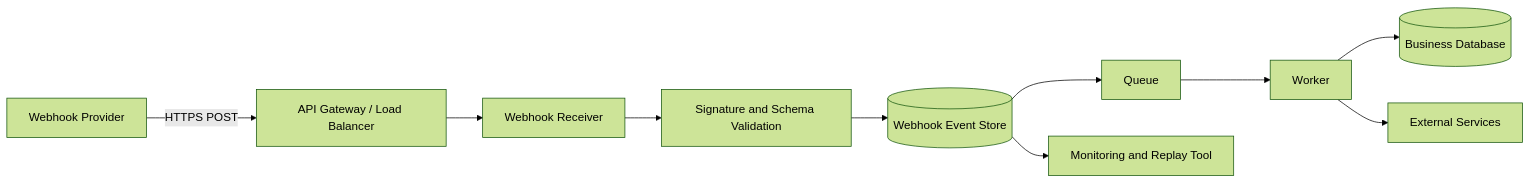
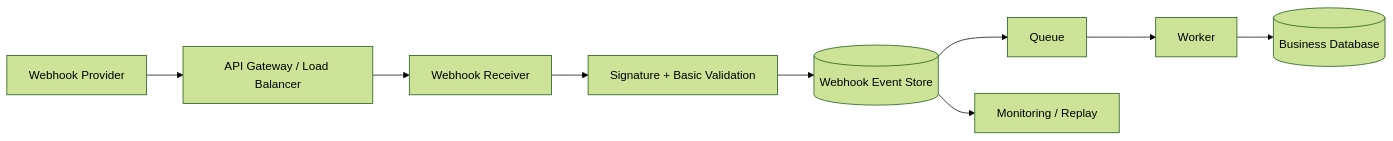
The third of 4 diagrams in src/content/api-design/webhooks.md (AvadhBhalodiya/Interview-Preparation), drawn with Mermaid (forest theme) before and after one commit. The commit also changed other lines of this file and 54 other files, not shown here.

````diff
--- a/src/content/api-design/webhooks.md
+++ b/src/content/api-design/webhooks.md
@@ -810,12 +419,11 @@
 ```mermaid
 flowchart LR
-    P[Webhook Provider] -->|HTTPS POST| G[API Gateway / Load Balancer]
+    P[Webhook Provider] --> G[API Gateway / Load Balancer]
     G --> R[Webhook Receiver]
-    R --> V[Signature and Schema Validation]
+    R --> V[Signature + Basic Validation]
     V --> E[(Webhook Event Store)]
     E --> Q[Queue]
     Q --> W[Worker]
     W --> B[(Business Database)]
-    W --> X[External Services]
-    E --> O[Monitoring and Replay Tool]
+    E --> O[Monitoring / Replay]
 ```
````
